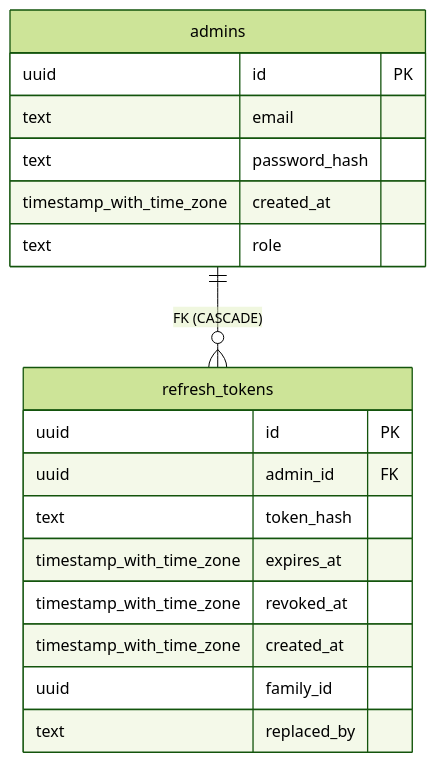
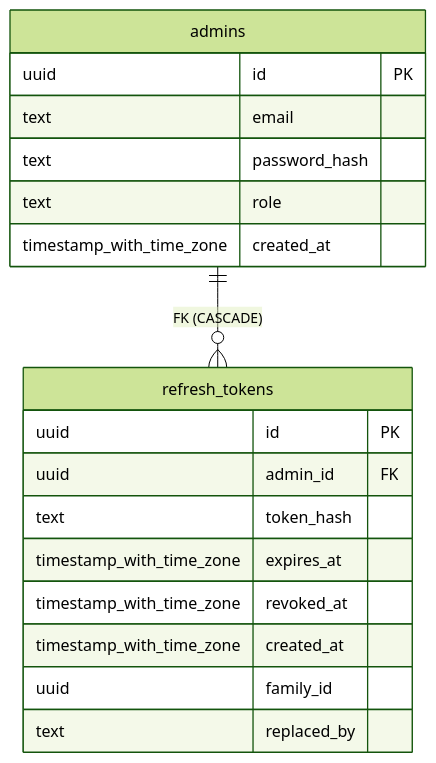
One commit to QuocAnh19/Pi_Decor changed the fifth of 5 diagrams in docs/data/ERD.md. Above: the diagram before and after it, drawn with Mermaid (forest theme). The commit also changed other lines of this file and 6 other files, not shown here.

````diff
--- a/docs/data/ERD.md
+++ b/docs/data/ERD.md
@@ -223,21 +223,21 @@
 ```mermaid
 erDiagram
     admins {
         uuid id PK
         text email
         text password_hash
+        text role
         timestamp_with_time_zone created_at
-        text role
     }
     refresh_tokens {
         uuid id PK
         uuid admin_id FK
         text token_hash
         timestamp_with_time_zone expires_at
         timestamp_with_time_zone revoked_at
         timestamp_with_time_zone created_at
         uuid family_id
         text replaced_by
     }
     admins ||--o{ refresh_tokens : "FK (CASCADE)"
 ```
````
